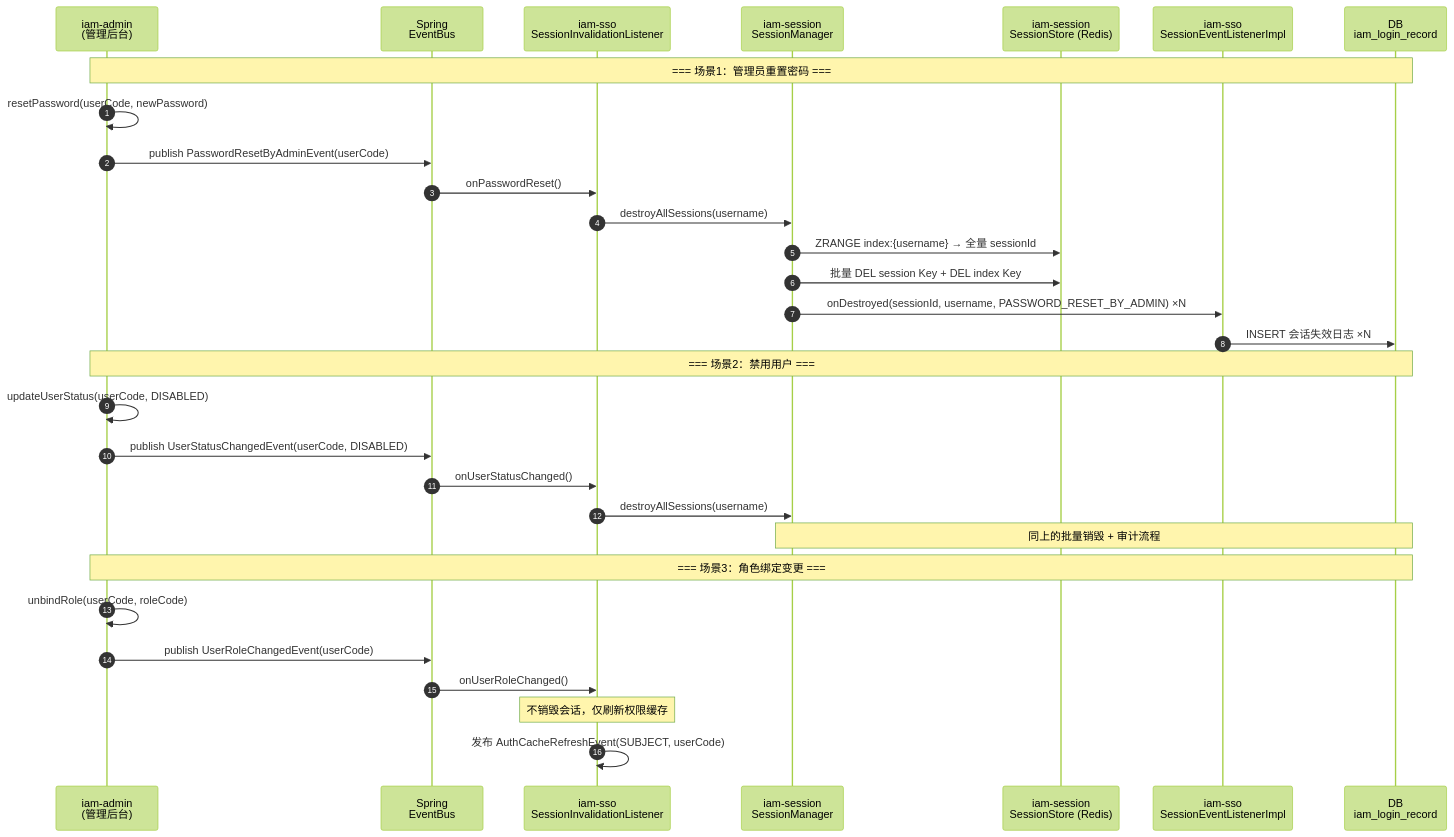
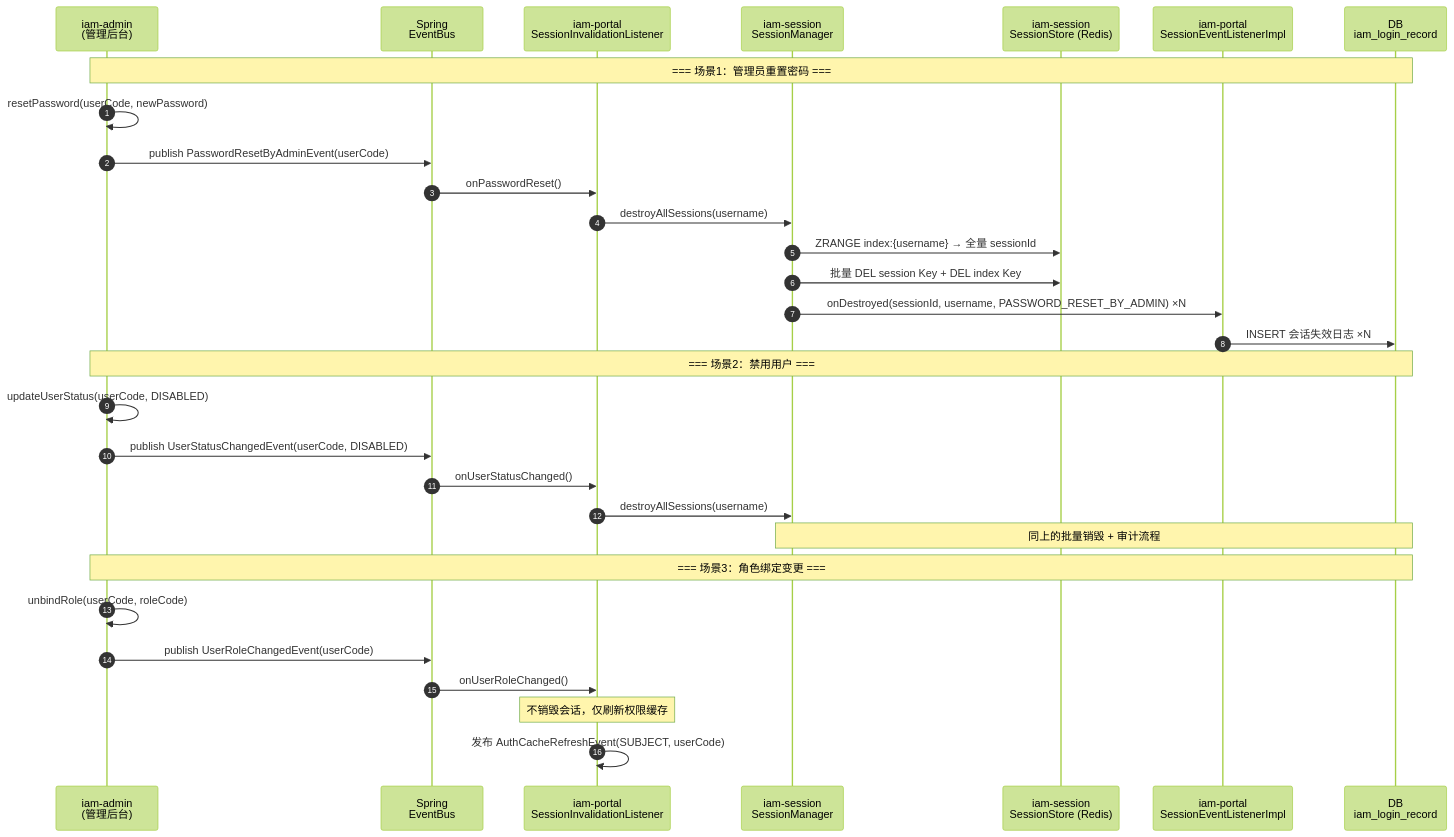
One commit to shrimp-group/sh-iam changed the fourth of 5 diagrams in docs/design/session-design.md. Above: the diagram before and after it, drawn with Mermaid (forest theme). The commit also changed other lines of this file and 32 other files, not shown here.

````diff
--- a/docs/design/session-design.md
+++ b/docs/design/session-design.md
@@ -474,32 +474,32 @@
 ```mermaid
 sequenceDiagram
     autonumber
     participant Admin as iam-admin<br/>(管理后台)
     participant Event as Spring<br/>EventBus
-    participant Listener as iam-sso<br/>SessionInvalidationListener
+    participant Listener as iam-portal<br/>SessionInvalidationListener
     participant Session as iam-session<br/>SessionManager
     participant Store as iam-session<br/>SessionStore (Redis)
-    participant Audit as iam-sso<br/>SessionEventListenerImpl
+    participant Audit as iam-portal<br/>SessionEventListenerImpl
     participant LogDB as DB<br/>iam_login_record
     Note over Admin, LogDB: === 场景1：管理员重置密码 ===
     Admin ->> Admin: resetPassword(userCode, newPassword)
     Admin ->> Event: publish PasswordResetByAdminEvent(userCode)
     Event ->> Listener: onPasswordReset()
     Listener ->> Session: destroyAllSessions(username)
     Session ->> Store: ZRANGE index:{username} → 全量 sessionId
     Session ->> Store: 批量 DEL session Key + DEL index Key
     Session ->> Audit: onDestroyed(sessionId, username, PASSWORD_RESET_BY_ADMIN) ×N
     Audit ->> LogDB: INSERT 会话失效日志 ×N
     Note over Admin, LogDB: === 场景2：禁用用户 ===
     Admin ->> Admin: updateUserStatus(userCode, DISABLED)
     Admin ->> Event: publish UserStatusChangedEvent(userCode, DISABLED)
     Event ->> Listener: onUserStatusChanged()
     Listener ->> Session: destroyAllSessions(username)
     Note over Session, LogDB: 同上的批量销毁 + 审计流程
     Note over Admin, LogDB: === 场景3：角色绑定变更 ===
     Admin ->> Admin: unbindRole(userCode, roleCode)
     Admin ->> Event: publish UserRoleChangedEvent(userCode)
     Event ->> Listener: onUserRoleChanged()
     Note over Listener: 不销毁会话，仅刷新权限缓存
     Listener ->> Listener: 发布 AuthCacheRefreshEvent(SUBJECT, userCode)
 ```
````
